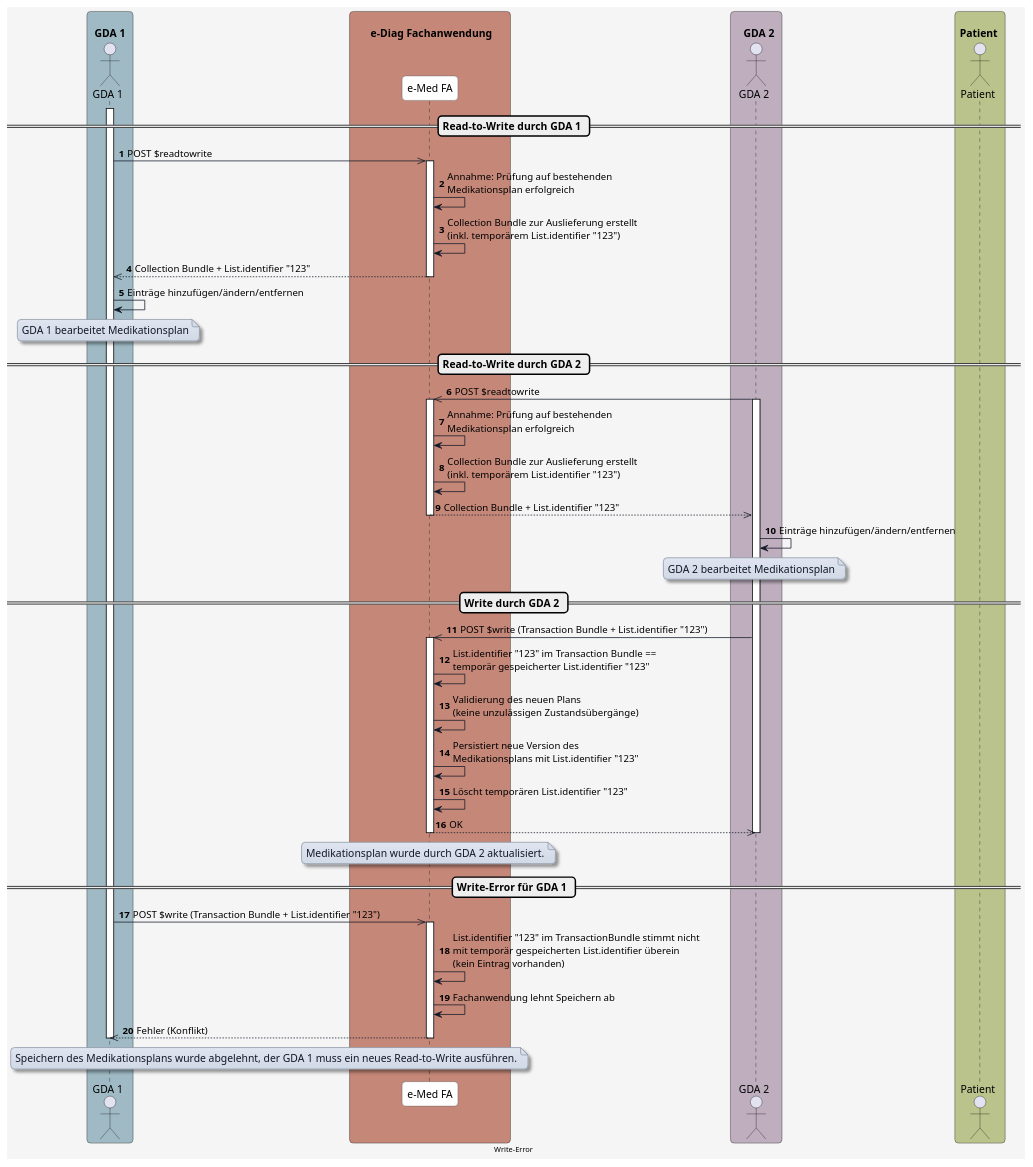
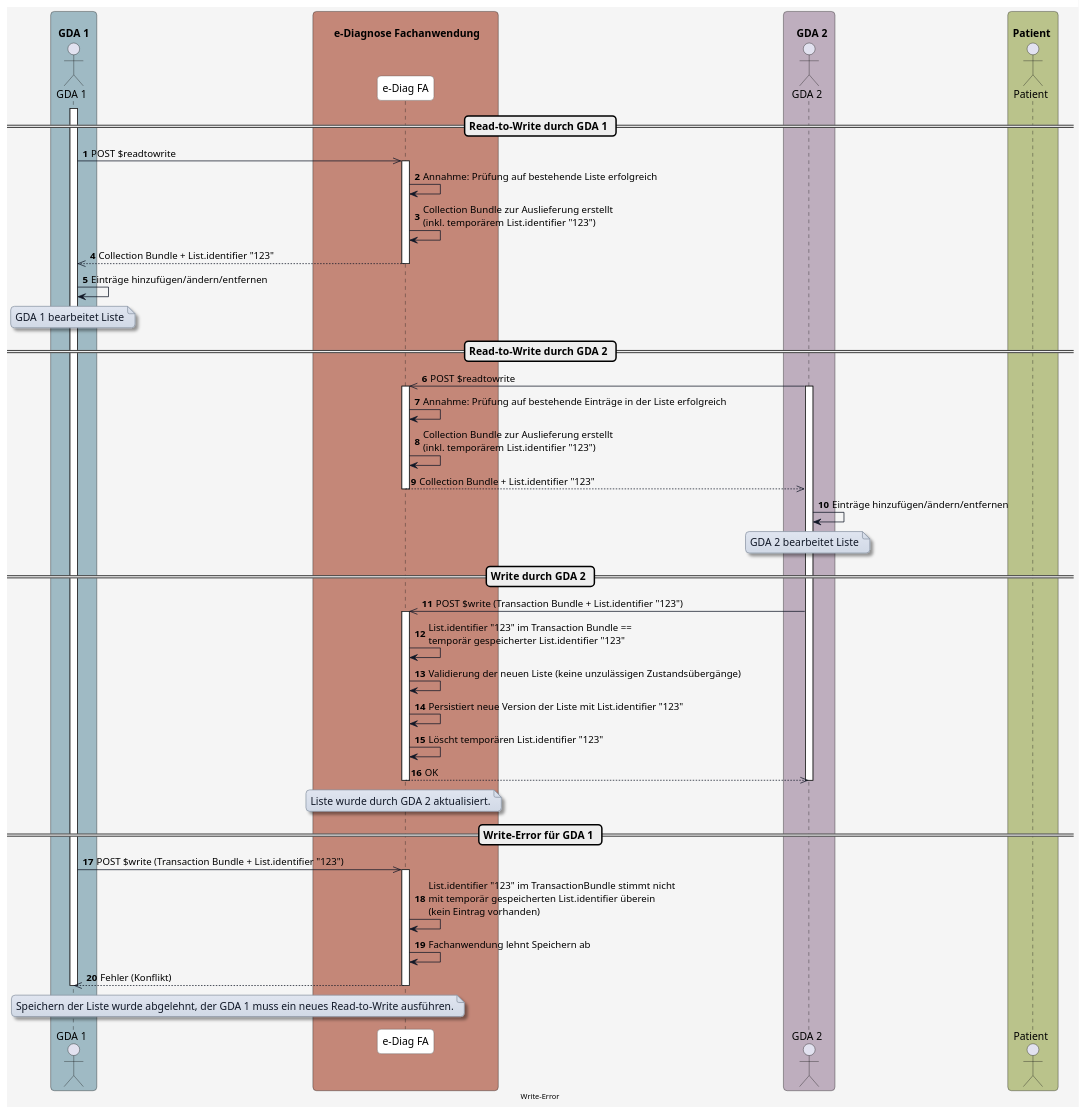
The diagram in plantuml/diagram_write_error.plantuml (HL7Austria/ELGA-e-Diagnose-R4), drawn with PlantUML before and after one commit. The commit also changed 5 other files, not shown here.

Commit message:
update comments in der profil and update diagrams

```diff
--- a/plantuml/diagram_write_error.plantuml
+++ b/plantuml/diagram_write_error.plantuml
@@ -1,131 +1,131 @@
 @startuml
 skinparam borderColor #000000
 skinparam backgroundColor #f5f5f5
 skinparam shadowing false
 skinparam roundCorner 10
 skinparam defaultFontName "Arial"
 skinparam defaultFontSize 14
 skinparam defaultFontColor #000000
 
 skinparam note {
   BackgroundColor #e0e5f0-#d1d9e6
   BorderColor #8b95a5
   BorderThickness 1
   RoundCorner 8
   Padding 6
   FontColor #111827
   Shadowing true
 }
 
 skinparam HyperlinkColor #0000EE
 skinparam HyperlinkUnderline false
 
 skinparam sequence {
   ParticipantBorderColor #555555
   ParticipantBackgroundColor #ffffff
   ParticipantFontColor #000000
   ParticipantFontSize 14
   ParticipantPadding 20
   ArrowColor #111827
   ArrowThickness 1
   ArrowFontColor #000000
   ArrowFontSize 13
   GroupBorderColor #111827
   GroupBackgroundColor #eef2ff
   GroupBorderThickness 2
 }
 
 skinparam BoxPadding 20
 skinparam BoxBorderColor #555555
 
 box "\n  GDA 1  " #9fbac4
   actor GDA_1 as "GDA 1"
 end box
 
-box "\n       e-Diag Fachanwendung      " #C48778
-  participant eDiag_FA as "e-Med FA"
+box "\n       e-Diagnose Fachanwendung      " #C48778
+  participant eDiag_FA as "e-Diag FA"
 end box
 
 box "\n    GDA 2  " #beaebe
   actor GDA_2 as "GDA 2"
 end box
 
 box "\n Patient  " #bac38b
   actor Patient as "Patient"
 end box
 
 
 autonumber
 
  
 == Read-to-Write durch GDA 1 ==
 activate GDA_1
 GDA_1 ->> eDiag_FA: POST $readtowrite
 
 activate eDiag_FA
-eDiag_FA -> eDiag_FA: Annahme: Prüfung auf bestehenden\nMedikationsplan erfolgreich
+eDiag_FA -> eDiag_FA: Annahme: Prüfung auf bestehende Liste erfolgreich
 eDiag_FA -> eDiag_FA: Collection Bundle zur Auslieferung erstellt\n(inkl. temporärem List.identifier "123")
 
 eDiag_FA -->> GDA_1: Collection Bundle + List.identifier "123"
 deactivate eDiag_FA
 
 GDA_1 -> GDA_1: Einträge hinzufügen/ändern/entfernen
 
 note over GDA_1
-GDA 1 bearbeitet Medikationsplan
+GDA 1 bearbeitet Liste
 end note
 
 == Read-to-Write durch GDA 2 ==
 
 GDA_2 ->> eDiag_FA: POST $readtowrite
 activate GDA_2
 
 activate eDiag_FA
-eDiag_FA -> eDiag_FA: Annahme: Prüfung auf bestehenden\nMedikationsplan erfolgreich
+eDiag_FA -> eDiag_FA: Annahme: Prüfung auf bestehende Einträge in der Liste erfolgreich
 eDiag_FA -> eDiag_FA: Collection Bundle zur Auslieferung erstellt\n(inkl. temporärem List.identifier "123")
 
 eDiag_FA -->> GDA_2: Collection Bundle + List.identifier "123"
 deactivate eDiag_FA
 
 GDA_2 -> GDA_2: Einträge hinzufügen/ändern/entfernen
 
 note over GDA_2
-GDA 2 bearbeitet Medikationsplan
+GDA 2 bearbeitet Liste
 end note
 
 == Write durch GDA 2 ==
 
 GDA_2 ->> eDiag_FA: POST $write (Transaction Bundle + List.identifier "123")
 
 activate eDiag_FA
 eDiag_FA -> eDiag_FA: List.identifier "123" im Transaction Bundle ==\ntemporär gespeicherter List.identifier "123"
-eDiag_FA -> eDiag_FA: Validierung des neuen Plans\n(keine unzulässigen Zustandsübergänge)
-eDiag_FA -> eDiag_FA: Persistiert neue Version des\nMedikationsplans mit List.identifier "123"
+eDiag_FA -> eDiag_FA: Validierung der neuen Liste (keine unzulässigen Zustandsübergänge)
+eDiag_FA -> eDiag_FA: Persistiert neue Version der Liste mit List.identifier "123"
 eDiag_FA -> eDiag_FA: Löscht temporären List.identifier "123"
 eDiag_FA -->> GDA_2: OK 
 deactivate GDA_2
 
 note over eDiag_FA
-Medikationsplan wurde durch GDA 2 aktualisiert.
+Liste wurde durch GDA 2 aktualisiert.
 end note
 
 deactivate eDiag_FA
 
 == Write-Error für GDA 1 ==
 
 GDA_1 ->> eDiag_FA: POST $write (Transaction Bundle + List.identifier "123")
 
 activate eDiag_FA
 eDiag_FA -> eDiag_FA: List.identifier "123" im TransactionBundle stimmt nicht\nmit temporär gespeicherten List.identifier überein\n(kein Eintrag vorhanden)
 eDiag_FA -> eDiag_FA: Fachanwendung lehnt Speichern ab
 eDiag_FA -->> GDA_1: Fehler (Konflikt)
 deactivate GDA_1
 note over eDiag_FA, GDA_1
-Speichern des Medikationsplans wurde abgelehnt, der GDA 1 muss ein neues Read-to-Write ausführen.
+Speichern der Liste wurde abgelehnt, der GDA 1 muss ein neues Read-to-Write ausführen.
 end note
 
 deactivate eDiag_FA
 
 center footer Write-Error
 
 @enduml
```
